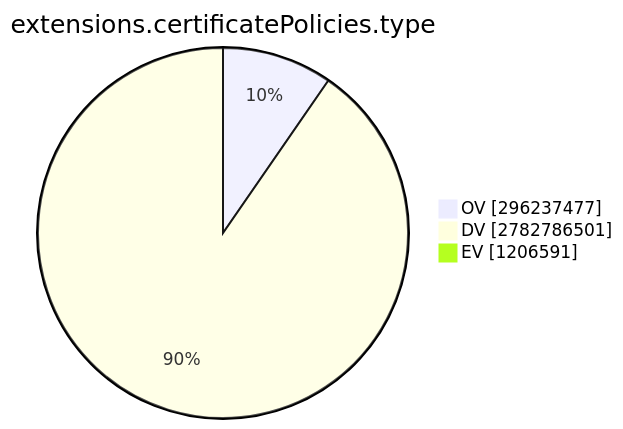
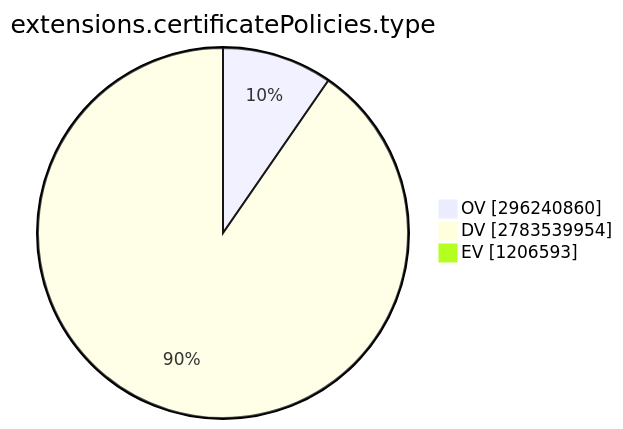
Before and after one commit to christiankrug/ctmonitor_visualization: the ninth of 15 diagrams in TOTAL/README.md, drawn with Mermaid. The commit also changed other lines of this file, not shown here.

````diff
--- a/TOTAL/README.md
+++ b/TOTAL/README.md
@@ -3099,7 +3099,7 @@
 ```mermaid
 pie showData
 title extensions.certificatePolicies.type
-"OV" :296237477
-"DV" :2782786501
-"EV" :1206591
+"OV" :296240860
+"DV" :2783539954
+"EV" :1206593
 ```
````
